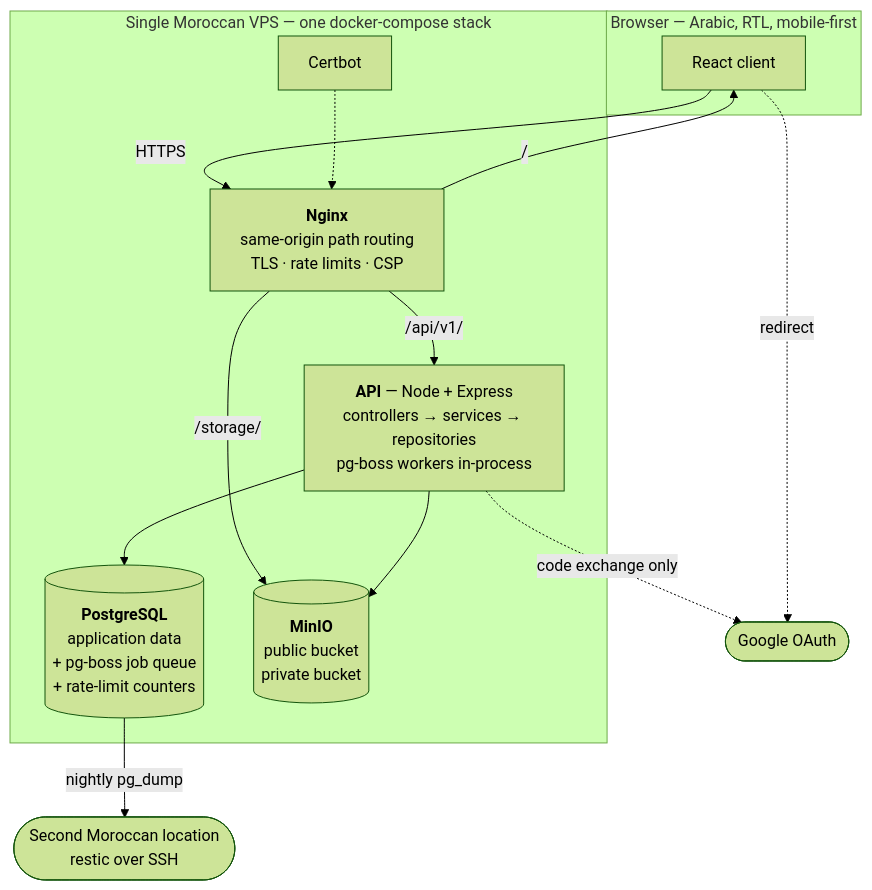
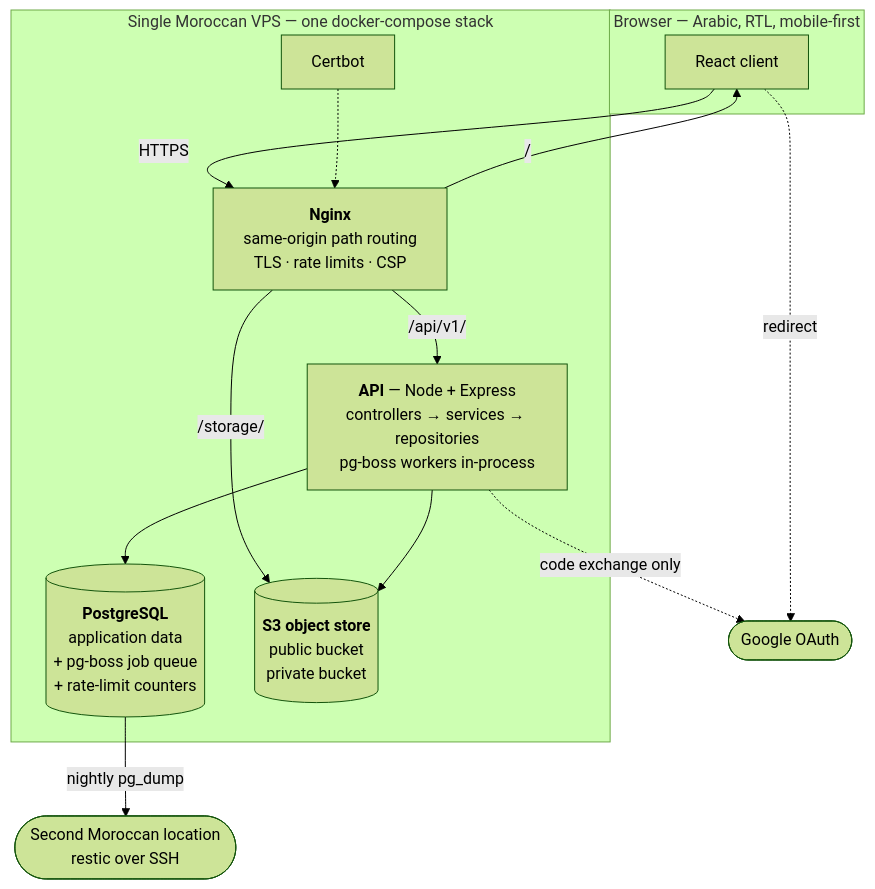
The diagram in docs/architecture/system-overview.md (safaeelmessoussi/bodouralamal), drawn with Mermaid (forest theme) before and after one commit. The commit also changed other lines of this file and 25 other files, not shown here.

Commit message:
fix(storage): replace unsupported production object store

````diff
--- a/docs/architecture/system-overview.md
+++ b/docs/architecture/system-overview.md
@@ -7,28 +7,28 @@
 ```mermaid
 graph TB
     subgraph browser["Browser — Arabic, RTL, mobile-first"]
         SPA["React client"]
     end
 
     subgraph vps["Single Moroccan VPS — one docker-compose stack"]
         NGINX["<b>Nginx</b><br/>same-origin path routing<br/>TLS · rate limits · CSP"]
         API["<b>API</b> — Node + Express<br/>controllers → services → repositories<br/>pg-boss workers in-process"]
         PG[("<b>PostgreSQL</b><br/>application data<br/>+ pg-boss job queue<br/>+ rate-limit counters")]
-        MINIO[("<b>MinIO</b><br/>public bucket<br/>private bucket")]
+        MINIO[("<b>S3 object store</b><br/>public bucket<br/>private bucket")]
         CERTBOT["Certbot"]
     end
 
     GOOGLE(["Google OAuth"])
     BACKUP(["Second Moroccan location<br/>restic over SSH"])
 
     SPA -- HTTPS --> NGINX
     NGINX -- "/" --> SPA
     NGINX -- "/api/v1/" --> API
     NGINX -- "/storage/" --> MINIO
     API --> PG
     API --> MINIO
     API -. "code exchange only" .-> GOOGLE
     SPA -. "redirect" .-> GOOGLE
     CERTBOT -.-> NGINX
     PG -- "nightly pg_dump" --> BACKUP
 ```
````
